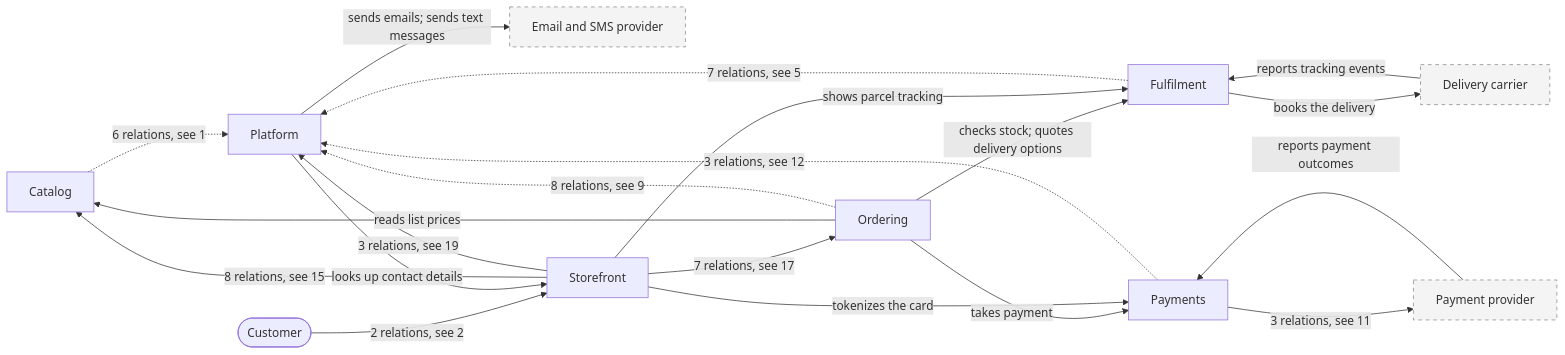
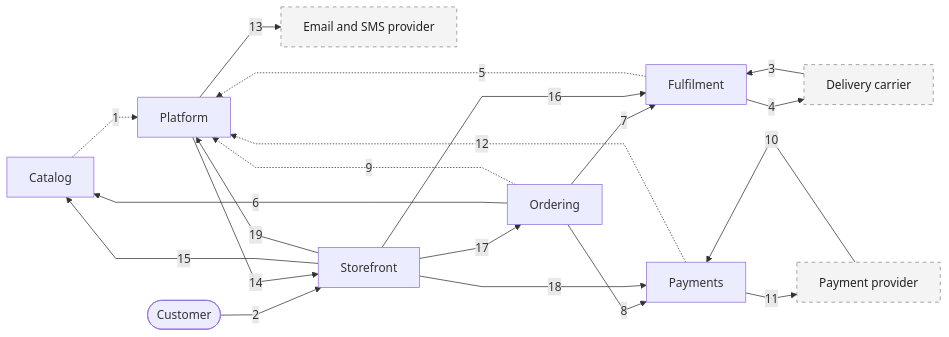
The diagram in examples/reference-system/views/mermaid/_landscape.md (shady2k/madarch), drawn with Mermaid before and after one commit. The commit also changed other lines of this file and 18 other files, not shown here.

First line of the commit message:
Number Mermaid arrows and list every relation in the table under them

````diff
--- a/examples/reference-system/views/mermaid/_landscape.md
+++ b/examples/reference-system/views/mermaid/_landscape.md
@@ -3,34 +3,35 @@
 ```mermaid
+%%{init: {"flowchart": {"curve": "linear"}}}%%
 flowchart LR
   catalog["Catalog"]
   customer(["Customer"])
   delivery_carrier["Delivery carrier"]
   fulfilment["Fulfilment"]
   messaging_provider["Email and SMS provider"]
   ordering["Ordering"]
   payment_provider["Payment provider"]
   payments["Payments"]
   platform["Platform"]
   storefront["Storefront"]
-  catalog -.->|"6 relations, see 1"| platform
-  customer -->|"2 relations, see 2"| storefront
-  delivery_carrier -->|"reports tracking events"| fulfilment
-  fulfilment -->|"books the delivery"| delivery_carrier
-  fulfilment -.->|"7 relations, see 5"| platform
-  ordering -->|"reads list prices"| catalog
-  ordering -->|"checks stock; quotes delivery options"| fulfilment
-  ordering -->|"takes payment"| payments
-  ordering -.->|"8 relations, see 9"| platform
-  payment_provider -->|"reports payment outcomes"| payments
-  payments -->|"3 relations, see 11"| payment_provider
-  payments -.->|"3 relations, see 12"| platform
-  platform -->|"sends emails; sends text messages"| messaging_provider
-  platform -->|"looks up contact details"| storefront
-  storefront -->|"8 relations, see 15"| catalog
-  storefront -->|"shows parcel tracking"| fulfilment
-  storefront -->|"7 relations, see 17"| ordering
-  storefront -->|"tokenizes the card"| payments
-  storefront -->|"3 relations, see 19"| platform
-  classDef external fill:#f4f4f4,stroke:#888888,stroke-dasharray:5 5
+  catalog -.->|"1"| platform
+  customer -->|"2"| storefront
+  delivery_carrier -->|"3"| fulfilment
+  fulfilment -->|"4"| delivery_carrier
+  fulfilment -.->|"5"| platform
+  ordering -->|"6"| catalog
+  ordering -->|"7"| fulfilment
+  ordering -->|"8"| payments
+  ordering -.->|"9"| platform
+  payment_provider -->|"10"| payments
+  payments -->|"11"| payment_provider
+  payments -.->|"12"| platform
+  platform -->|"13"| messaging_provider
+  platform -->|"14"| storefront
+  storefront -->|"15"| catalog
+  storefront -->|"16"| fulfilment
+  storefront -->|"17"| ordering
+  storefront -->|"18"| payments
+  storefront -->|"19"| platform
+  classDef external fill:#f4f4f4,stroke:#888888,stroke-dasharray:5 5,color:#222222
   class delivery_carrier,messaging_provider,payment_provider external
 ```
````
